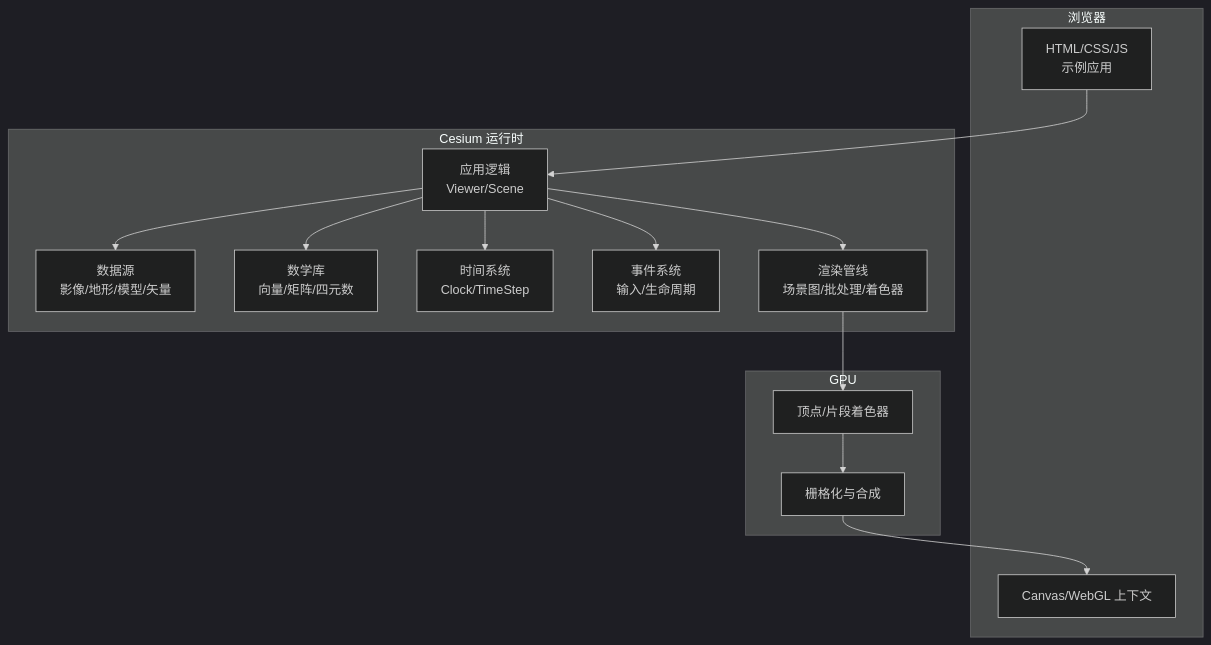
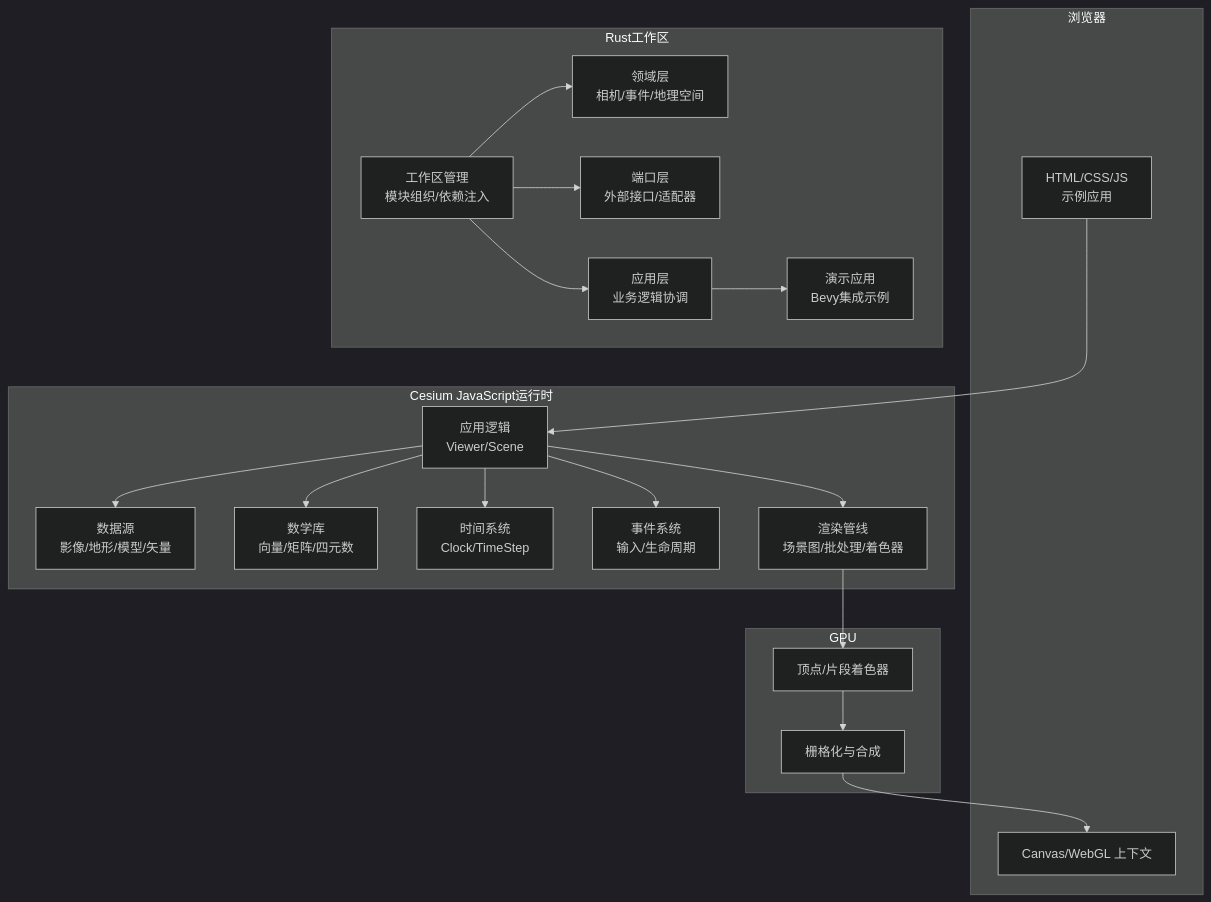
Before and after one commit to rzhangjing/cesium: the second of 6 diagrams in .qoder/repowiki/zh/content/核心概念/核心概念.md, drawn with Mermaid (dark theme). The commit also changed other lines of this file and 100 other files, not shown here.

````diff
--- a/.qoder/repowiki/zh/content/核心概念/核心概念.md
+++ b/.qoder/repowiki/zh/content/核心概念/核心概念.md
@@ -117,28 +141,39 @@
 ```mermaid
 graph TB
 subgraph "浏览器"
 UI["HTML/CSS/JS<br/>示例应用"]
 Canvas["Canvas/WebGL 上下文"]
 end
-subgraph "Cesium 运行时"
+subgraph "Cesium JavaScript运行时"
 App["应用逻辑<br/>Viewer/Scene"]
 Data["数据源<br/>影像/地形/模型/矢量"]
 Math["数学库<br/>向量/矩阵/四元数"]
 Time["时间系统<br/>Clock/TimeStep"]
 Events["事件系统<br/>输入/生命周期"]
 Render["渲染管线<br/>场景图/批处理/着色器"]
+end
+subgraph "Rust工作区"
+Workspace["工作区管理<br/>模块组织/依赖注入"]
+Domain["领域层<br/>相机/事件/地理空间"]
+Ports["端口层<br/>外部接口/适配器"]
+Application["应用层<br/>业务逻辑协调"]
+Demo["演示应用<br/>Bevy集成示例"]
 end
 subgraph "GPU"
 Shader["顶点/片段着色器"]
 Raster["栅格化与合成"]
 end
 UI --> App
 App --> Data
 App --> Math
 App --> Time
 App --> Events
 App --> Render
+Workspace --> Domain
+Workspace --> Ports
+Workspace --> Application
+Application --> Demo
 Render --> Shader
 Shader --> Raster
 Raster --> Canvas
 ```
````
